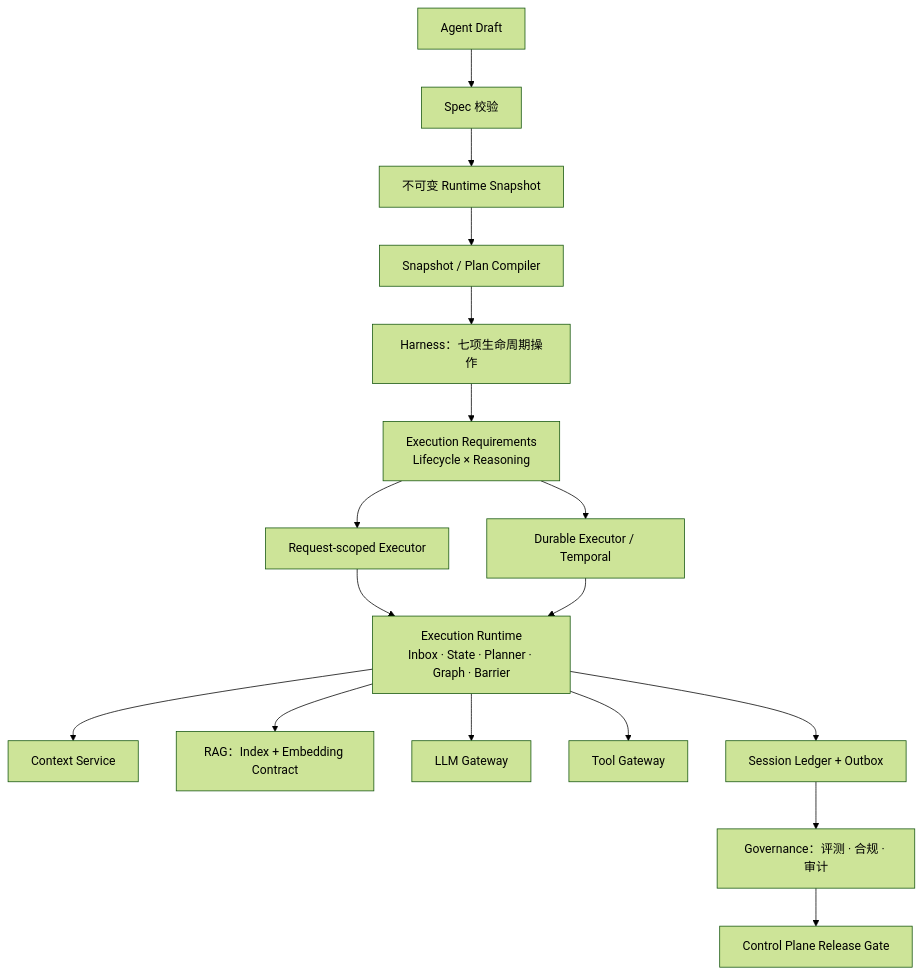
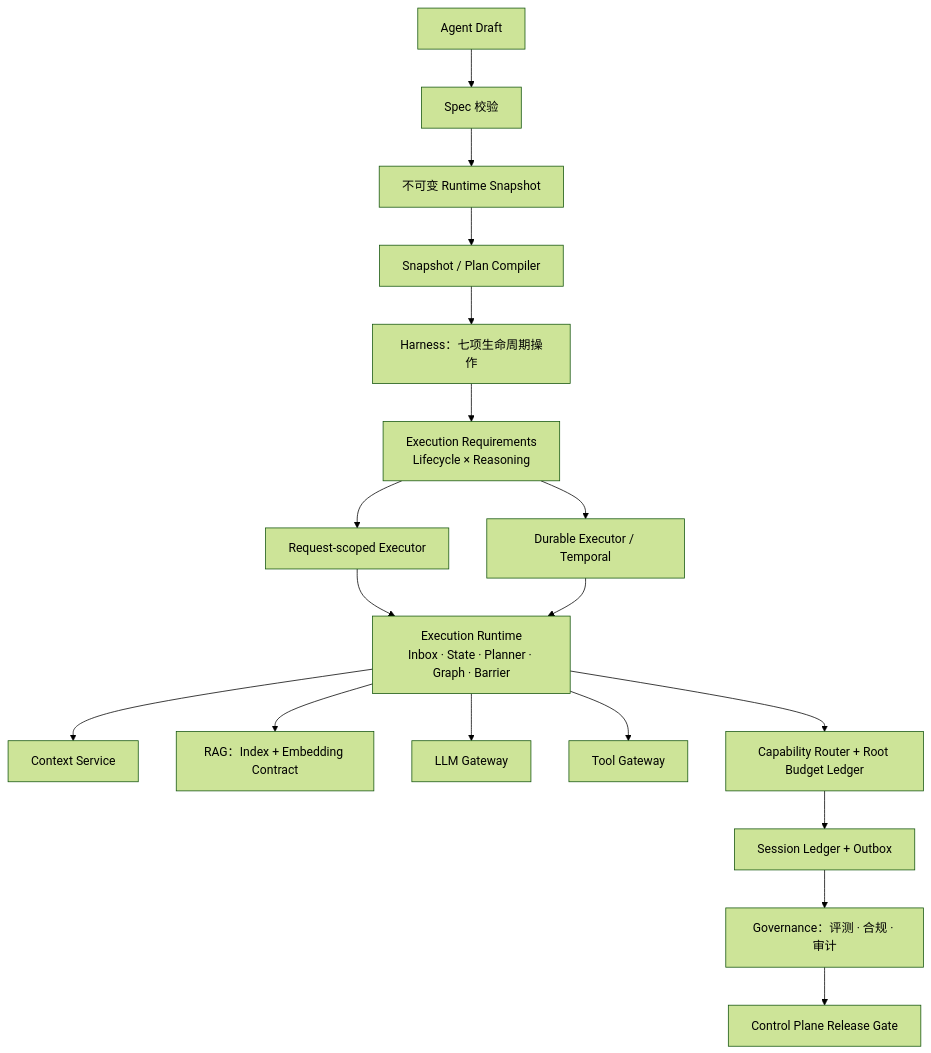
The diagram in docs/enterprise-remediation-roadmap.md (teacherMaostudent/agent), drawn with Mermaid (forest theme) before and after one commit. The commit also changed other lines of this file and 33 other files, not shown here.

````diff
--- a/docs/enterprise-remediation-roadmap.md
+++ b/docs/enterprise-remediation-roadmap.md
@@ -51,18 +55,19 @@
 ```mermaid
 flowchart TB
     Draft["Agent Draft"] --> Validate["Spec 校验"] --> Snapshot["不可变 Runtime Snapshot"]
     Snapshot --> Compiler["Snapshot / Plan Compiler"]
     Compiler --> Harness["Harness：七项生命周期操作"]
     Harness --> Requirement["Execution Requirements\nLifecycle × Reasoning"]
     Requirement --> RequestExecutor["Request-scoped Executor"]
     Requirement --> DurableExecutor["Durable Executor / Temporal"]
     RequestExecutor --> Runtime["Execution Runtime\nInbox · State · Planner · Graph · Barrier"]
     DurableExecutor --> Runtime
     Runtime --> Context["Context Service"]
     Runtime --> RAG["RAG：Index + Embedding Contract"]
     Runtime --> LLM["LLM Gateway"]
     Runtime --> Tools["Tool Gateway"]
-    Runtime --> Ledger["Session Ledger + Outbox"]
+    Runtime --> Collaboration["Capability Router + Root Budget Ledger"]
+    Collaboration --> Ledger["Session Ledger + Outbox"]
     Ledger --> Governance["Governance：评测 · 合规 · 审计"]
     Governance --> Control["Control Plane Release Gate"]
 ```
````
